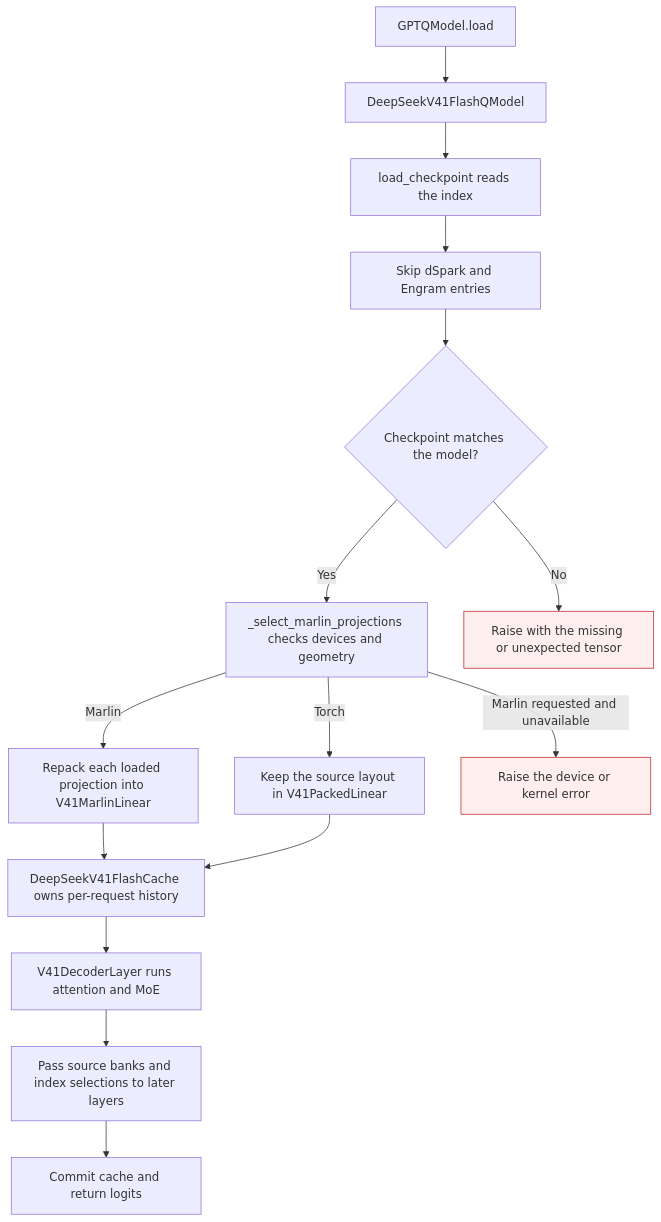
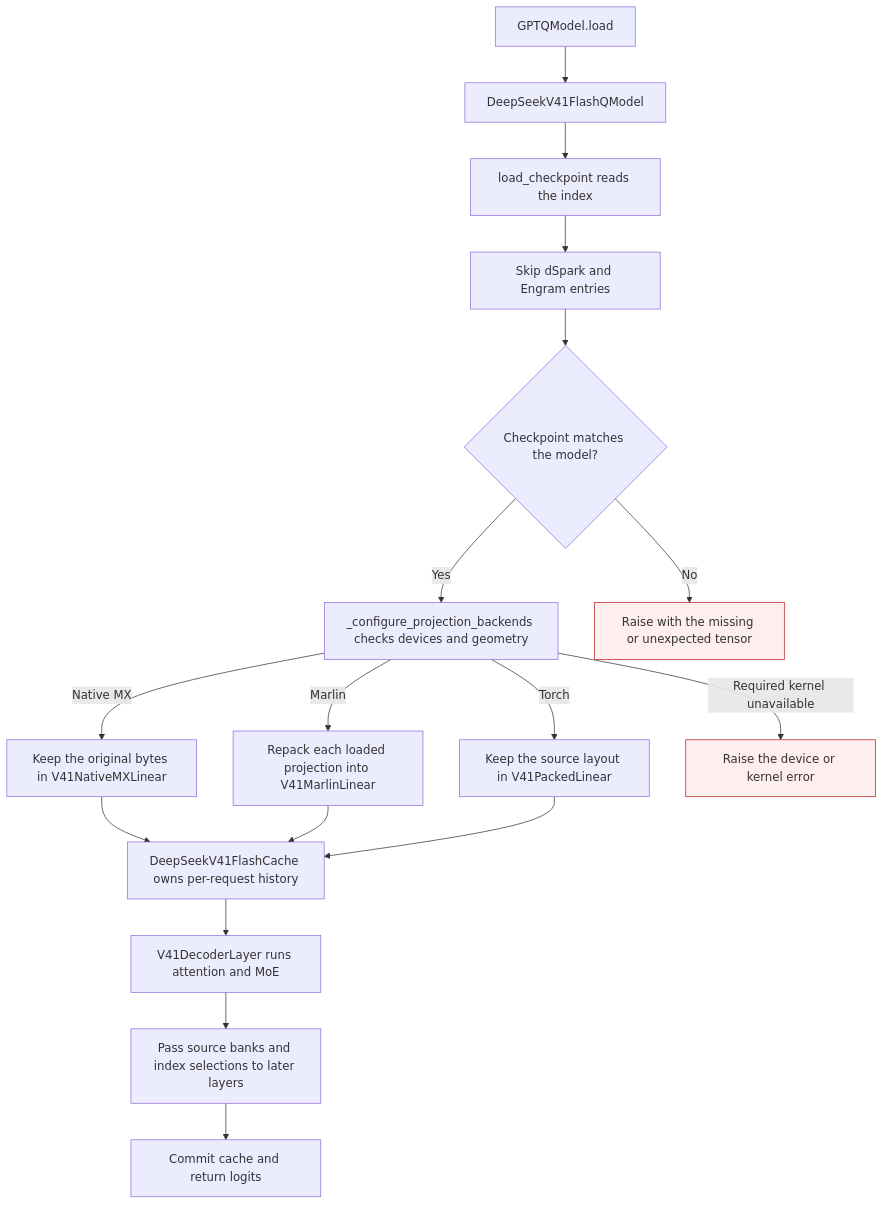
One commit to ModelCloud/GPTQModel changed the diagram in docs/deepseek-v41-module-inventory.md. Above: the diagram before and after it, drawn with Mermaid. The commit also changed other lines of this file and 7 other files, not shown here.

````diff
--- a/docs/deepseek-v41-module-inventory.md
+++ b/docs/deepseek-v41-module-inventory.md
@@ -172,19 +178,21 @@
 ```mermaid
 flowchart TD
     LOAD["GPTQModel.load"] --> DEF["DeepSeekV41FlashQModel"]
     DEF --> IDX["load_checkpoint reads the index"]
     IDX --> FILTER["Skip dSpark and Engram entries"]
     FILTER --> MATCH{"Checkpoint matches the model?"}
-    MATCH -->|"Yes"| SELECT["_select_marlin_projections checks devices and geometry"]
+    MATCH -->|"Yes"| SELECT["_configure_projection_backends checks devices and geometry"]
     MATCH -->|"No"| ERROR["Raise with the missing or unexpected tensor"]
+    SELECT -->|"Native MX"| MX["Keep the original bytes in V41NativeMXLinear"]
     SELECT -->|"Marlin"| PACK["Repack each loaded projection into V41MarlinLinear"]
     SELECT -->|"Torch"| TORCH["Keep the source layout in V41PackedLinear"]
-    SELECT -->|"Marlin requested and unavailable"| KERNEL_ERROR["Raise the device or kernel error"]
+    SELECT -->|"Required kernel unavailable"| KERNEL_ERROR["Raise the device or kernel error"]
+    MX --> STATE
     PACK --> STATE["DeepSeekV41FlashCache owns per-request history"]
     TORCH --> STATE
     STATE --> LAYER["V41DecoderLayer runs attention and MoE"]
     LAYER --> KV["Pass source banks and index selections to later layers"]
     KV --> OUT["Commit cache and return logits"]
     style ERROR fill:#fee,stroke:#b22
     style KERNEL_ERROR fill:#fee,stroke:#b22
 ```
````
